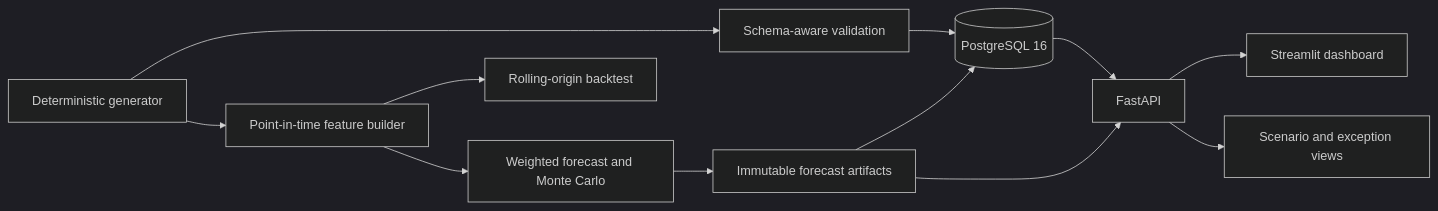
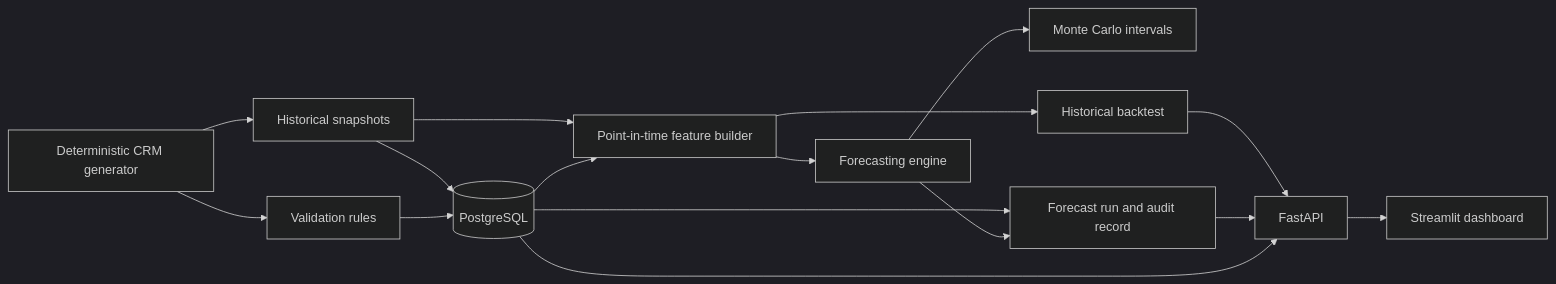
One commit to GaurangTari4/Sales-Forecasting-Pipeline-Intelligence changed the first of 2 diagrams in README.md. Above: the diagram before and after it, drawn with Mermaid (dark theme). The commit also changed other lines of this file, not shown here.

````diff
--- a/README.md
+++ b/README.md
@@ -24,14 +45,18 @@
 ```mermaid
 flowchart LR
-  G[Deterministic generator] --> V[Schema-aware validation]
-  V --> P[(PostgreSQL 16)]
-  G --> F[Point-in-time feature builder]
-  F --> M[Weighted forecast and Monte Carlo]
-  M --> R[Immutable forecast artifacts]
-  R --> P
-  P --> A[FastAPI]
-  R --> A
-  A --> D[Streamlit dashboard]
-  A --> E[Scenario and exception views]
-  F --> B[Rolling-origin backtest]
+    G[Deterministic CRM generator] --> V[Validation rules]
+    G --> S[Historical snapshots]
+    V --> P[(PostgreSQL)]
+    S --> P
+    P --> F[Point-in-time feature builder]
+    S --> F
+    F --> E[Forecasting engine]
+    E --> M[Monte Carlo intervals]
+    E --> R[Forecast run and audit record]
+    P --> R
+    P --> A[FastAPI]
+    R --> A
+    F --> B[Historical backtest]
+    B --> A
+    A --> D[Streamlit dashboard]
 ```
````
